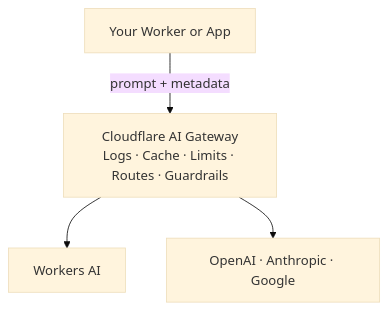
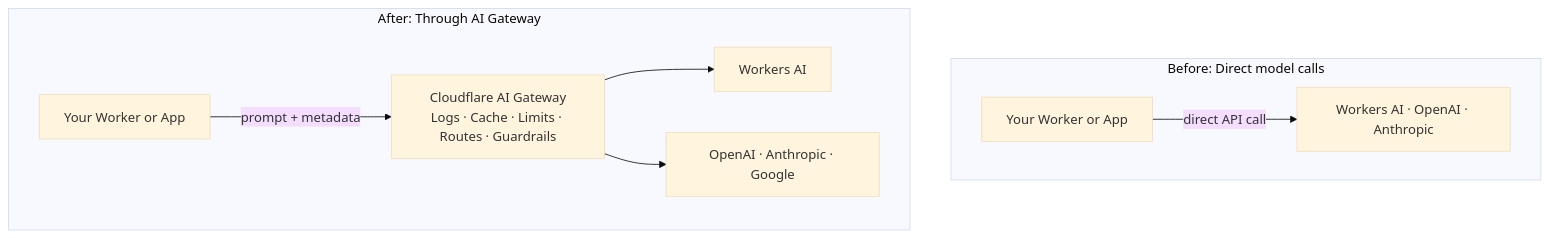
Before and after one commit to agentschools/cfdev.school: the diagram in courses/fundamentals/ai-gateway/exercises/01-see-every-request.md, drawn with Mermaid (base theme). The commit also changed other lines of this file and 9 other files, not shown here.

Commit message:
fix(ai-gateway): fix Mermaid CSS cycle and improve teaching flow from student run

````diff
--- a/courses/fundamentals/ai-gateway/exercises/01-see-every-request.md
+++ b/courses/fundamentals/ai-gateway/exercises/01-see-every-request.md
@@ -61,6 +77,11 @@
 ```mermaid
 flowchart TD
-  App["Your Worker or App"] -->|"prompt + metadata"| Gateway["Cloudflare AI Gateway\nLogs · Cache · Limits · Routes · Guardrails"]
-  Gateway --> WorkersAI["Workers AI"]
-  Gateway --> External["OpenAI · Anthropic · Google"]
+  subgraph Before["Before: Direct model calls"]
+    AppDirect["Your Worker or App"] -->|"direct API call"| ProviderDirect["Workers AI · OpenAI · Anthropic"]
+  end
+  subgraph After["After: Through AI Gateway"]
+    App["Your Worker or App"] -->|"prompt + metadata"| Gateway["Cloudflare AI Gateway\nLogs · Cache · Limits · Routes · Guardrails"]
+    Gateway --> WorkersAI["Workers AI"]
+    Gateway --> External["OpenAI · Anthropic · Google"]
+  end
 ```
````
